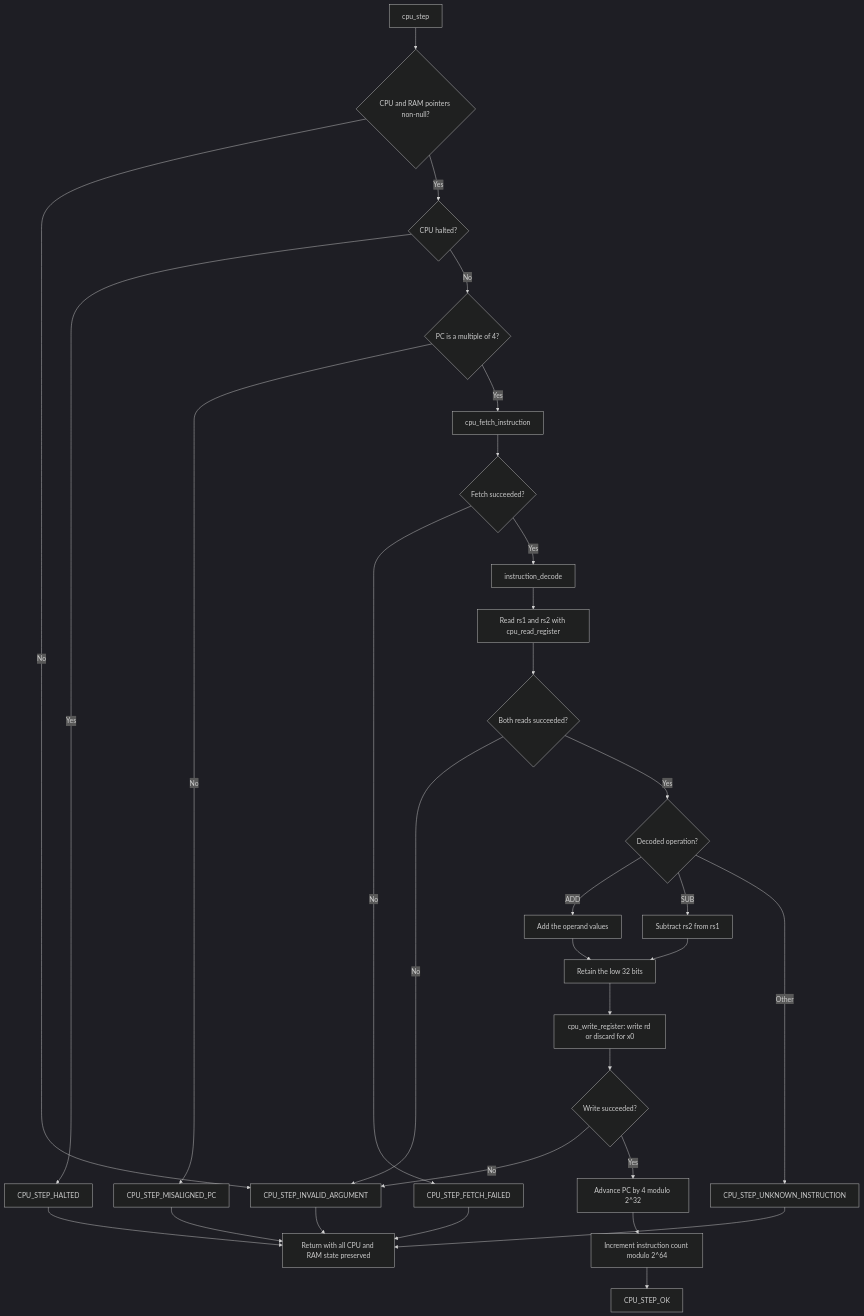
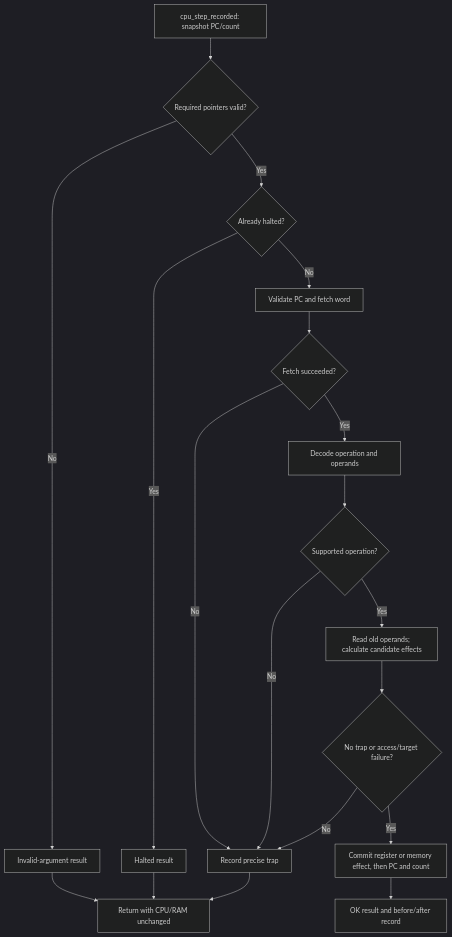
One commit to IcaroRamosDM/riscv32-simulator changed the ninth of 12 diagrams in docs/FLOWCHARTS.md. Above: the diagram before and after it, drawn with Mermaid (dark theme). The commit also changed other lines of this file and 33 other files, not shown here.

````diff
--- a/docs/FLOWCHARTS.md
+++ b/docs/FLOWCHARTS.md
@@ -213,33 +189,21 @@
 ```mermaid
 flowchart TD
-    START["cpu_step"] --> PTR{"CPU and RAM pointers non-null?"}
-    PTR -->|"No"| ARG["CPU_STEP_INVALID_ARGUMENT"]
-    PTR -->|"Yes"| HALT{"CPU halted?"}
-    HALT -->|"Yes"| STOP["CPU_STEP_HALTED"]
-    HALT -->|"No"| ALIGN{"PC is a multiple of 4?"}
-    ALIGN -->|"No"| MISALIGN["CPU_STEP_MISALIGNED_PC"]
-    ALIGN -->|"Yes"| FETCH["cpu_fetch_instruction"]
-    FETCH --> FETCH_OK{"Fetch succeeded?"}
-    FETCH_OK -->|"No"| FETCH_FAIL["CPU_STEP_FETCH_FAILED"]
-    FETCH_OK -->|"Yes"| DECODE["instruction_decode"]
-    DECODE --> READ["Read rs1 and rs2 with cpu_read_register"]
-    READ --> READ_OK{"Both reads succeeded?"}
-    READ_OK -->|"No"| ARG
-    READ_OK -->|"Yes"| KIND{"Decoded operation?"}
-    KIND -->|"ADD"| ADD["Add the operand values"]
-    KIND -->|"SUB"| SUB["Subtract rs2 from rs1"]
-    KIND -->|"Other"| UNKNOWN["CPU_STEP_UNKNOWN_INSTRUCTION"]
-    ADD --> RESULT["Retain the low 32 bits"]
-    SUB --> RESULT
-    RESULT --> WRITE["cpu_write_register: write rd or discard for x0"]
-    WRITE --> WRITE_OK{"Write succeeded?"}
-    WRITE_OK -->|"No"| ARG
-    WRITE_OK -->|"Yes"| PC["Advance PC by 4 modulo 2^32"]
-    PC --> COUNT["Increment instruction count modulo 2^64"]
-    COUNT --> OK["CPU_STEP_OK"]
-    ARG --> PRESERVE["Return with all CPU and RAM state preserved"]
+    START["cpu_step_recorded: snapshot PC/count"] --> PTR{"Required pointers valid?"}
+    PTR -->|No| ARG["Invalid-argument result"]
+    PTR -->|Yes| HALT{"Already halted?"}
+    HALT -->|Yes| STOP["Halted result"]
+    HALT -->|No| FETCH["Validate PC and fetch word"]
+    FETCH --> FOK{"Fetch succeeded?"}
+    FOK -->|No| FAULT["Record precise trap"]
+    FOK -->|Yes| DECODE["Decode operation and operands"]
+    DECODE --> KNOWN{"Supported operation?"}
+    KNOWN -->|No| FAULT
+    KNOWN -->|Yes| PREPARE["Read old operands; calculate candidate effects"]
+    PREPARE --> VALID{"No trap or access/target failure?"}
+    VALID -->|No| FAULT
+    VALID -->|Yes| COMMIT["Commit register or memory effect, then PC and count"]
+    COMMIT --> OK["OK result and before/after record"]
+    FAULT --> PRESERVE["Return with CPU/RAM unchanged"]
+    ARG --> PRESERVE
     STOP --> PRESERVE
-    MISALIGN --> PRESERVE
-    FETCH_FAIL --> PRESERVE
-    UNKNOWN --> PRESERVE
 ```
````
